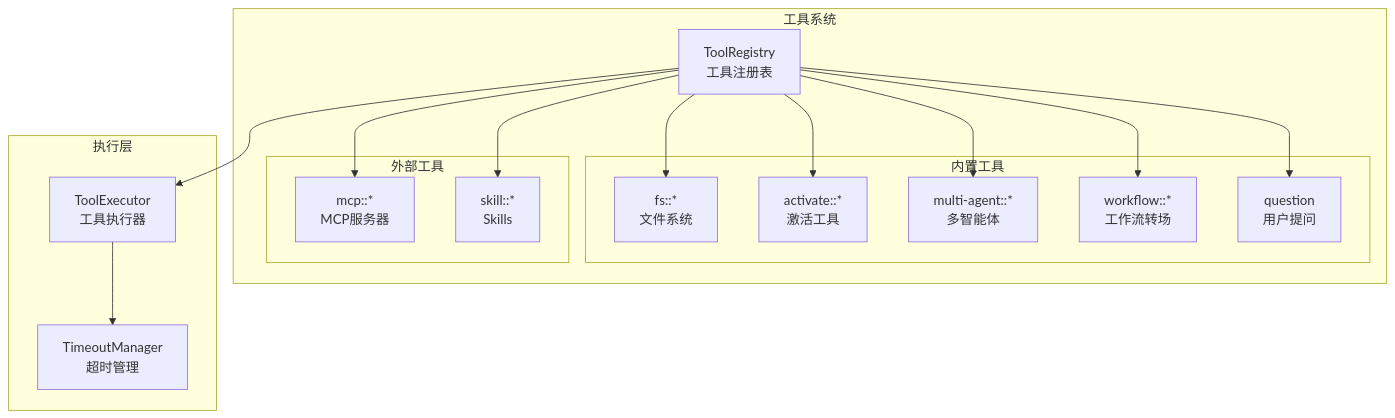
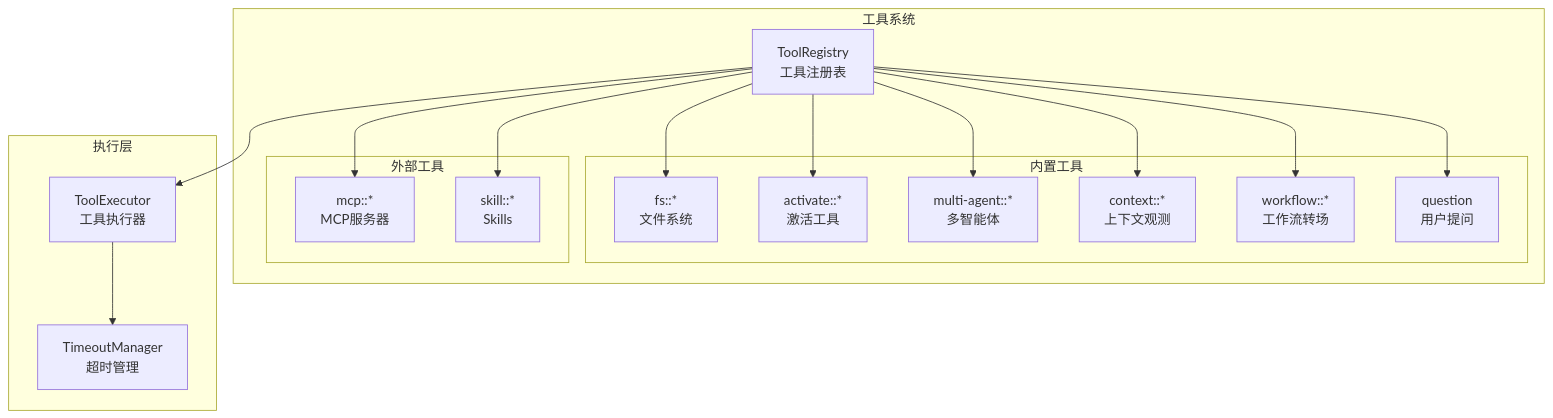
Before and after one commit to MiyakoMeow/neoco: the diagram in progress/TECH-TOOL.md, drawn with Mermaid. The commit also changed other lines of this file and 4 other files, not shown here.

````diff
--- a/progress/TECH-TOOL.md
+++ b/progress/TECH-TOOL.md
@@ -13,45 +13,48 @@
 ```mermaid
 graph TB
     subgraph "工具系统"
         TR[ToolRegistry
             工具注册表]
         
         subgraph "内置工具"
             FS[fs::*
                文件系统]
             AC[activate::*
                激活工具]
             MA[multi-agent::*
                多智能体]
+            CT[context::*
+               上下文观测]
             WF[workflow::*
                工作流转场]
             QU[question
                用户提问]
         end
         
         subgraph "外部工具"
             MCP[mcp::*
                MCP服务器]
             SK[skill::*
                Skills]
         end
         
         TR --> FS
         TR --> AC
         TR --> MA
+        TR --> CT
         TR --> WF
         TR --> QU
         TR --> MCP
         TR --> SK
     end
     
     subgraph "执行层"
         TE[ToolExecutor
             工具执行器]
         TM[TimeoutManager
             超时管理]
     end
     
     TR --> TE
     TE --> TM
 ```
````
